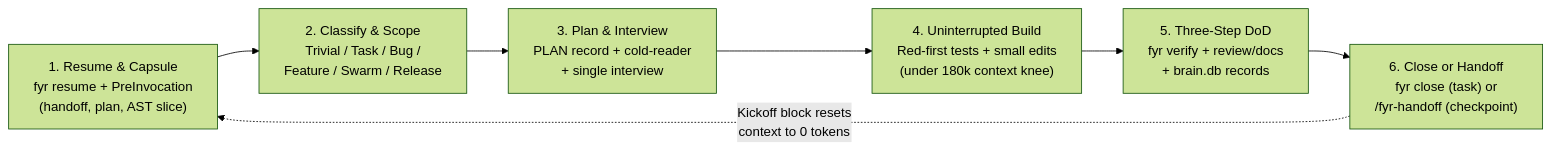
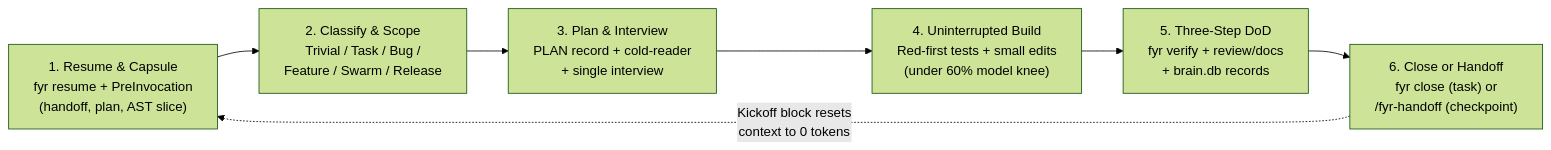
Before and after one commit to kesokaj/fyr: the first of 6 diagrams in Workflow.md, drawn with Mermaid (forest theme). The commit also changed other lines of this file and 30 other files, not shown here.

Commit message:
feat(models,metrics,search,rules): scale 60% context knee per model budget

````diff
--- a/Workflow.md
+++ b/Workflow.md
@@ -9,9 +9,9 @@
 ```mermaid
 flowchart LR
     resume["1. Resume & Capsule\nfyr resume + PreInvocation\n(handoff, plan, AST slice)"] --> classify["2. Classify & Scope\nTrivial / Task / Bug /\nFeature / Swarm / Release"]
     classify --> planGate["3. Plan & Interview\nPLAN record + cold-reader\n+ single interview"]
-    planGate --> buildLoop["4. Uninterrupted Build\nRed-first tests + small edits\n(under 180k context knee)"]
+    planGate --> buildLoop["4. Uninterrupted Build\nRed-first tests + small edits\n(under 60% model knee)"]
     buildLoop --> dodGate["5. Three-Step DoD\nfyr verify + review/docs\n+ brain.db records"]
     dodGate --> nextSess["6. Close or Handoff\nfyr close (task) or\n/fyr-handoff (checkpoint)"]
     nextSess -. "Kickoff block resets\ncontext to 0 tokens" .-> resume
 ```
````
